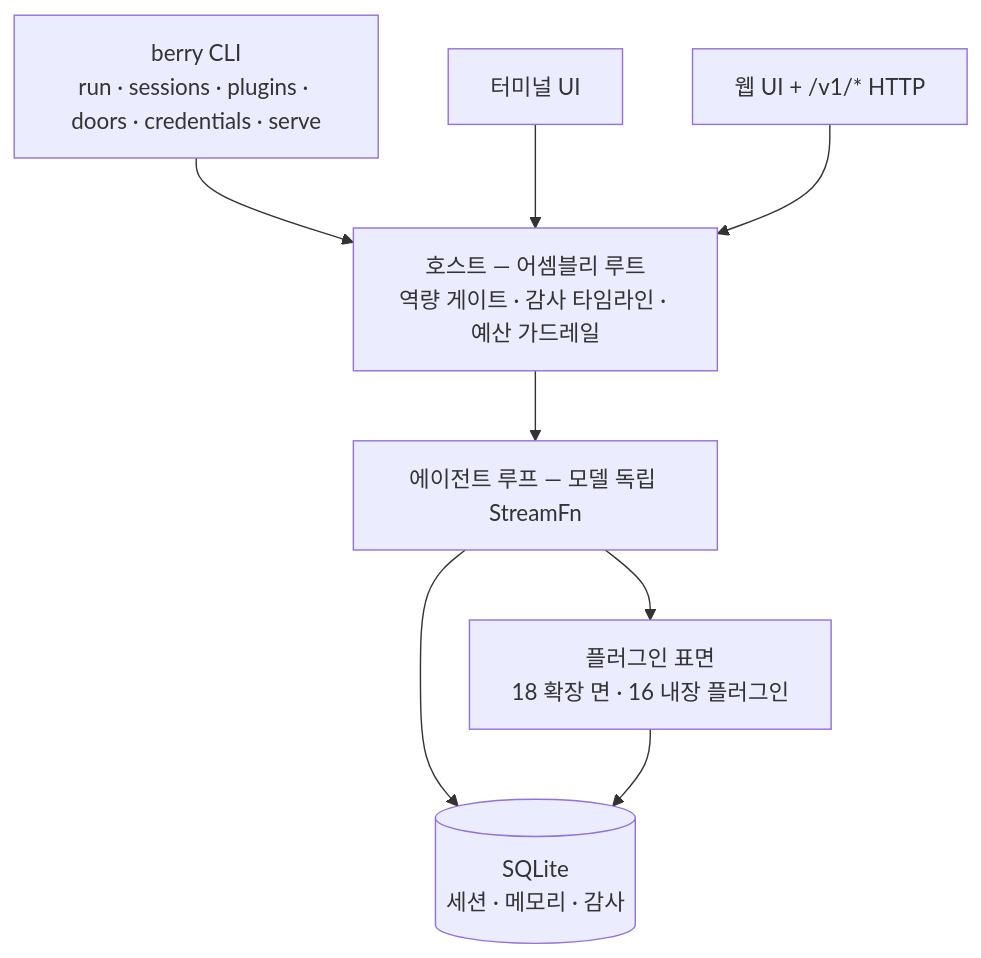
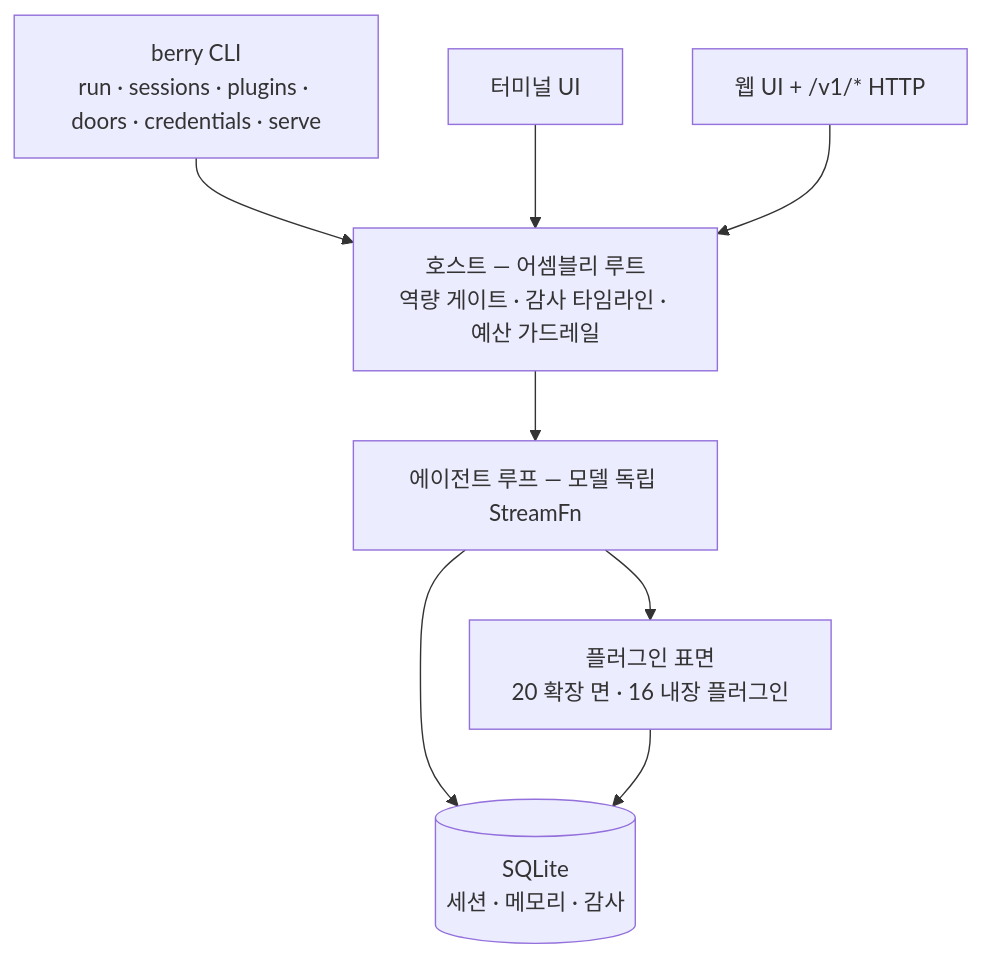
One commit to miuiadmin/berry-agent changed the diagram in README.ko.md. Above: the diagram before and after it, drawn with Mermaid. The commit also changed other lines of this file and 11 other files, not shown here.

````diff
--- a/README.ko.md
+++ b/README.ko.md
@@ -134,17 +134,17 @@
 ```mermaid
 graph TD
     CLI["berry CLI<br/>run · sessions · plugins · doors · credentials · serve"]
     TUI["터미널 UI"]
     WEB["웹 UI + /v1/* HTTP"]
     HOST["호스트 — 어셈블리 루트<br/>역량 게이트 · 감사 타임라인 · 예산 가드레일"]
     LOOP["에이전트 루프 — 모델 독립 StreamFn"]
-    PLUGINS["플러그인 표면<br/>18 확장 면 · 16 내장 플러그인"]
+    PLUGINS["플러그인 표면<br/>20 확장 면 · 16 내장 플러그인"]
     STORE[("SQLite<br/>세션 · 메모리 · 감사")]
     CLI --> HOST
     TUI --> HOST
     WEB --> HOST
     HOST --> LOOP
     LOOP --> PLUGINS
     LOOP --> STORE
     PLUGINS --> STORE
 ```
````
